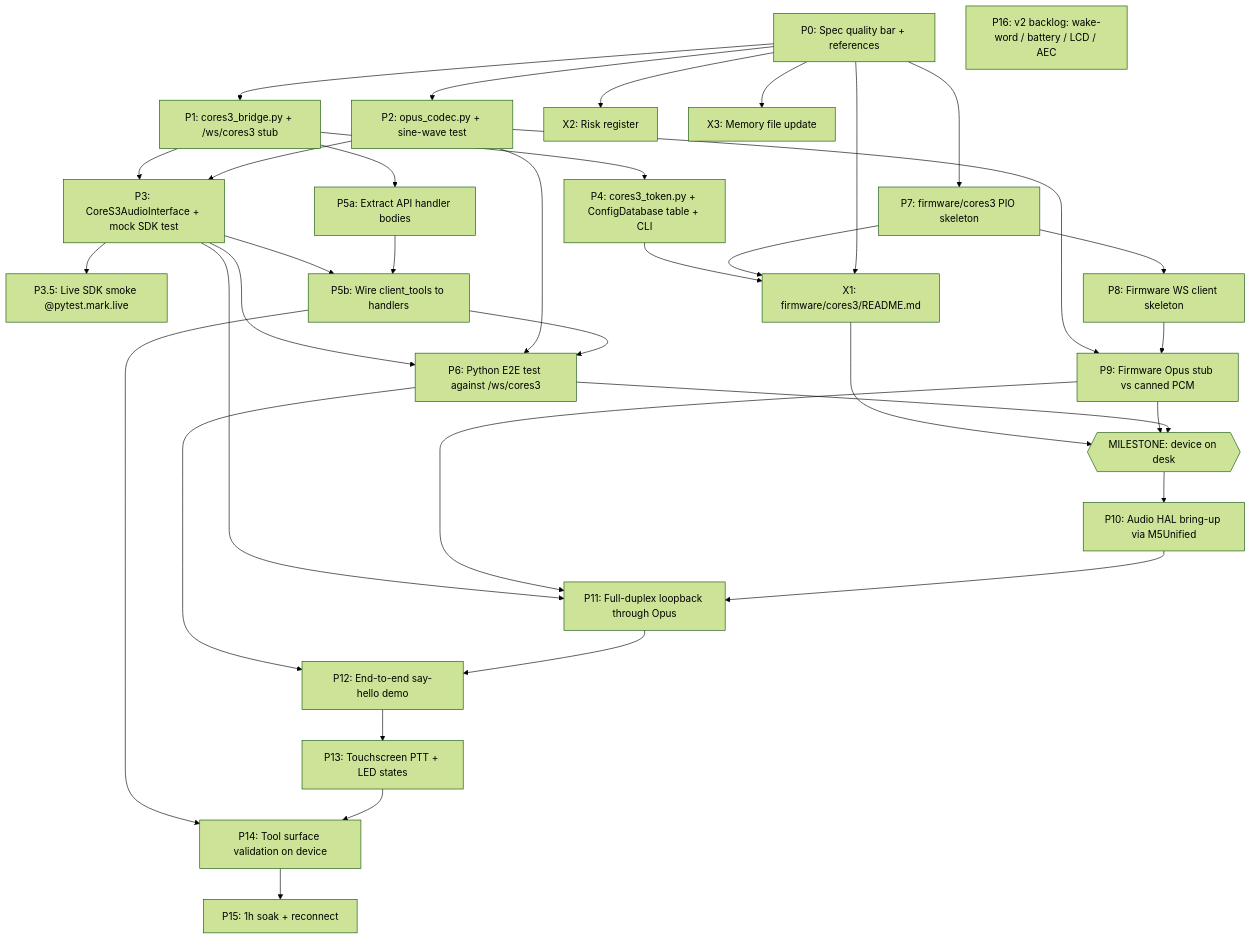
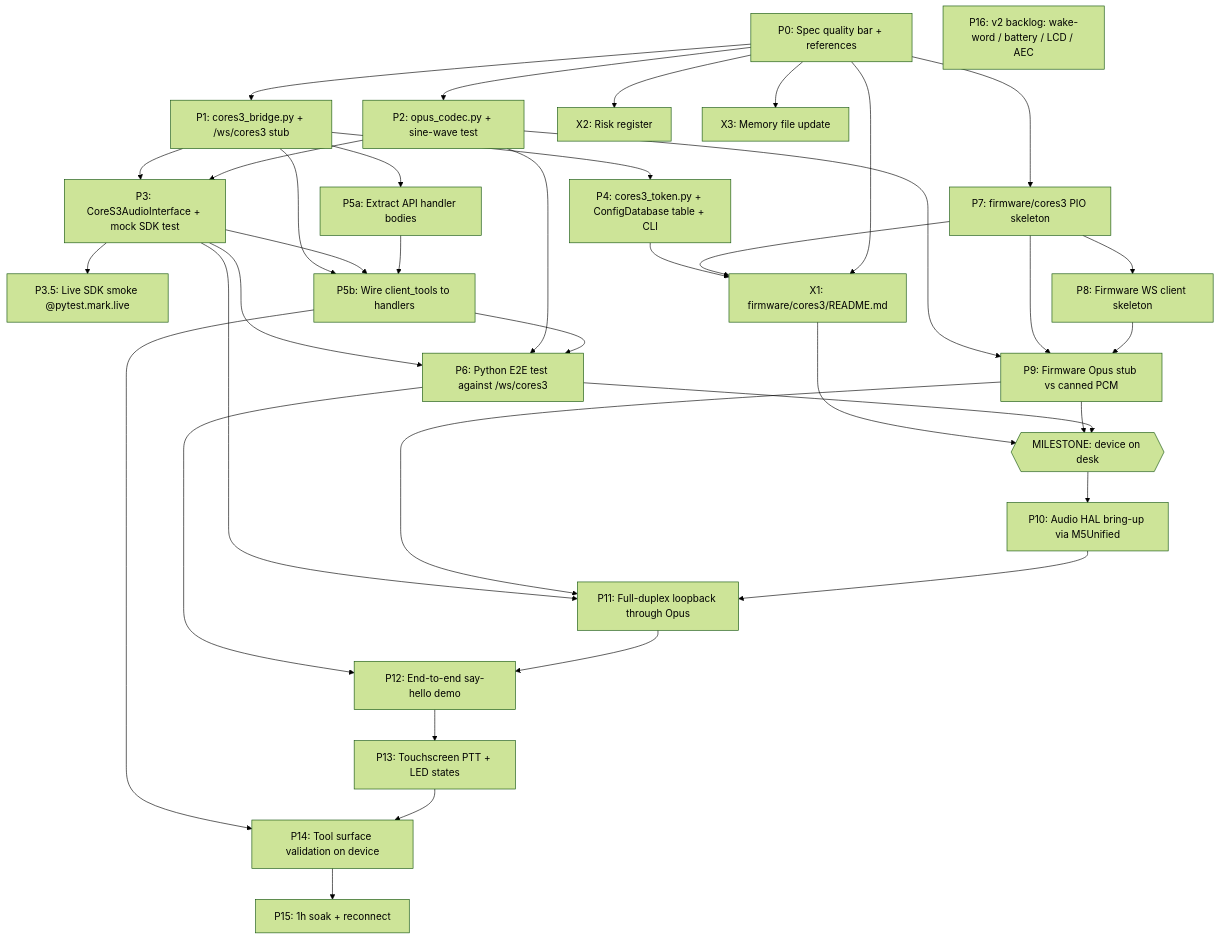
The diagram in thoughts/shared/plans/2026-06-02-cores3-port-plan.md (jakubkrzysztofsikora/walkie-talkie), drawn with Mermaid (forest theme) before and after one commit. The commit also changed other lines of this file, not shown here.

Commit message:
docs(cores3): fix 3 plan/graph drifts found by consistency script
The v2 plan still had 3 prose↔graph mismatches that the earlier review
didn't catch:

- P5b body lists P1 as a dep (it needs the WebSocket from P1) but the
  graph only had P3, P5a → P5b. Added P1 → P5b.
- P9 body lists P7 (PIO project) as a dep alongside P2 and P8, but
  the graph only had P2, P8 → P9. Added P7 → P9.
- P16 body says 'Depends on: P15' but the graph deliberately omits the
  edge because P16 is deferred from v1. Updated P16's body to explain
  the deliberate omission rather than fix one to match the other.

Verified by an offline script that parses both the mermaid edges and
each task's 'Depends on' line and reports drift. After this commit:
0 mismatches, graph acyclic, all 22 nodes reachable from P0.

````diff
--- a/thoughts/shared/plans/2026-06-02-cores3-port-plan.md
+++ b/thoughts/shared/plans/2026-06-02-cores3-port-plan.md
@@ -32,63 +32,65 @@
 ```mermaid
 graph TD
   P0[P0: Spec quality bar + references]
   P1[P1: cores3_bridge.py + /ws/cores3 stub]
   P2[P2: opus_codec.py + sine-wave test]
   P3[P3: CoreS3AudioInterface + mock SDK test]
   P35[P3.5: Live SDK smoke @pytest.mark.live]
   P4[P4: cores3_token.py + ConfigDatabase table + CLI]
   P5a[P5a: Extract API handler bodies]
   P5b[P5b: Wire client_tools to handlers]
   P6[P6: Python E2E test against /ws/cores3]
   P7[P7: firmware/cores3 PIO skeleton]
   P8[P8: Firmware WS client skeleton]
   P9[P9: Firmware Opus stub vs canned PCM]
   MS{{MILESTONE: device on desk}}
   P10[P10: Audio HAL bring-up via M5Unified]
   P11[P11: Full-duplex loopback through Opus]
   P12[P12: End-to-end say-hello demo]
   P13[P13: Touchscreen PTT + LED states]
   P14[P14: Tool surface validation on device]
   P15[P15: 1h soak + reconnect]
   P16[P16: v2 backlog: wake-word / battery / LCD / AEC]
   X1[X1: firmware/cores3/README.md]
   X2[X2: Risk register]
   X3[X3: Memory file update]
 
   P0 --> P1
   P0 --> P2
   P0 --> P7
   P2 --> P3
   P1 --> P3
   P3 --> P35
   P1 --> P4
   P1 --> P5a
   P5a --> P5b
   P3 --> P5b
+  P1 --> P5b
   P5b --> P6
   P2 --> P6
   P3 --> P6
   P7 --> P8
   P8 --> P9
+  P7 --> P9
   P2 --> P9
   P0 --> X1
   P7 --> X1
   P4 --> X1
   P0 --> X2
   P0 --> X3
 
   P6 --> MS
   P9 --> MS
   X1 --> MS
 
   MS --> P10
   P10 --> P11
   P9 --> P11
   P3 --> P11
   P11 --> P12
   P6 --> P12
   P12 --> P13
   P13 --> P14
   P5b --> P14
   P14 --> P15
 ```
````
